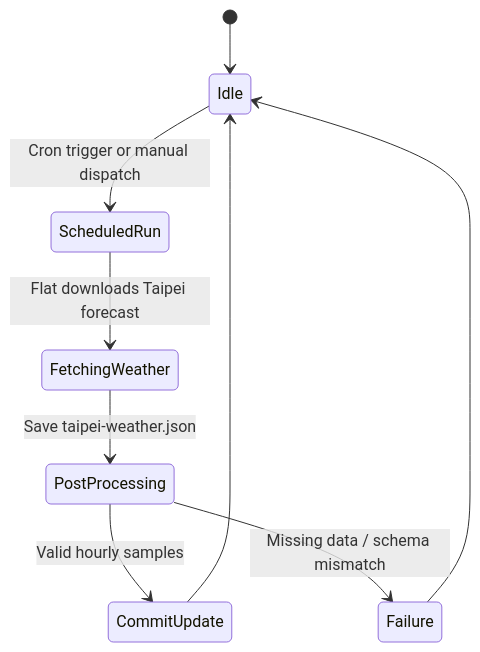
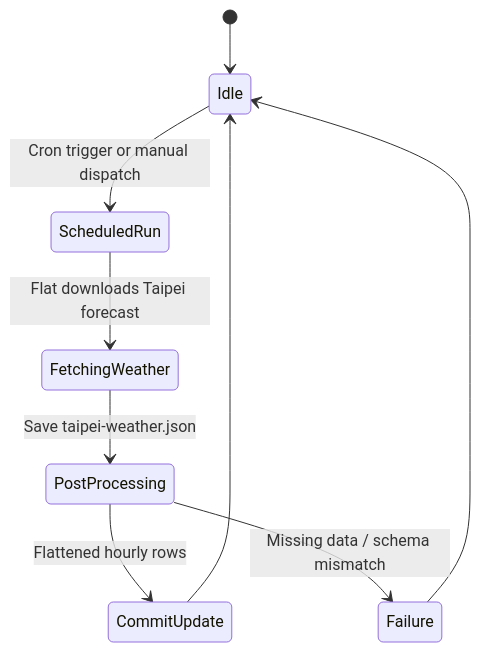
Before and after one commit to muyueh/flat-demo-bitcoin-price: the second of 6 diagrams in README.md, drawn with Mermaid. The commit also changed other lines of this file and 2 other files, not shown here.

Commit message:
Flatten hourly forecast rows

````diff
--- a/README.md
+++ b/README.md
@@ -17,11 +18,11 @@
 ```mermaid
 stateDiagram-v2
   [*] --> Idle
   Idle --> ScheduledRun: Cron trigger or manual dispatch
   ScheduledRun --> FetchingWeather: Flat downloads Taipei forecast
   FetchingWeather --> PostProcessing: Save taipei-weather.json
-  PostProcessing --> CommitUpdate: Valid hourly samples
+  PostProcessing --> CommitUpdate: Flattened hourly rows
   PostProcessing --> Failure: Missing data / schema mismatch
   Failure --> Idle
   CommitUpdate --> Idle
 ```
````
